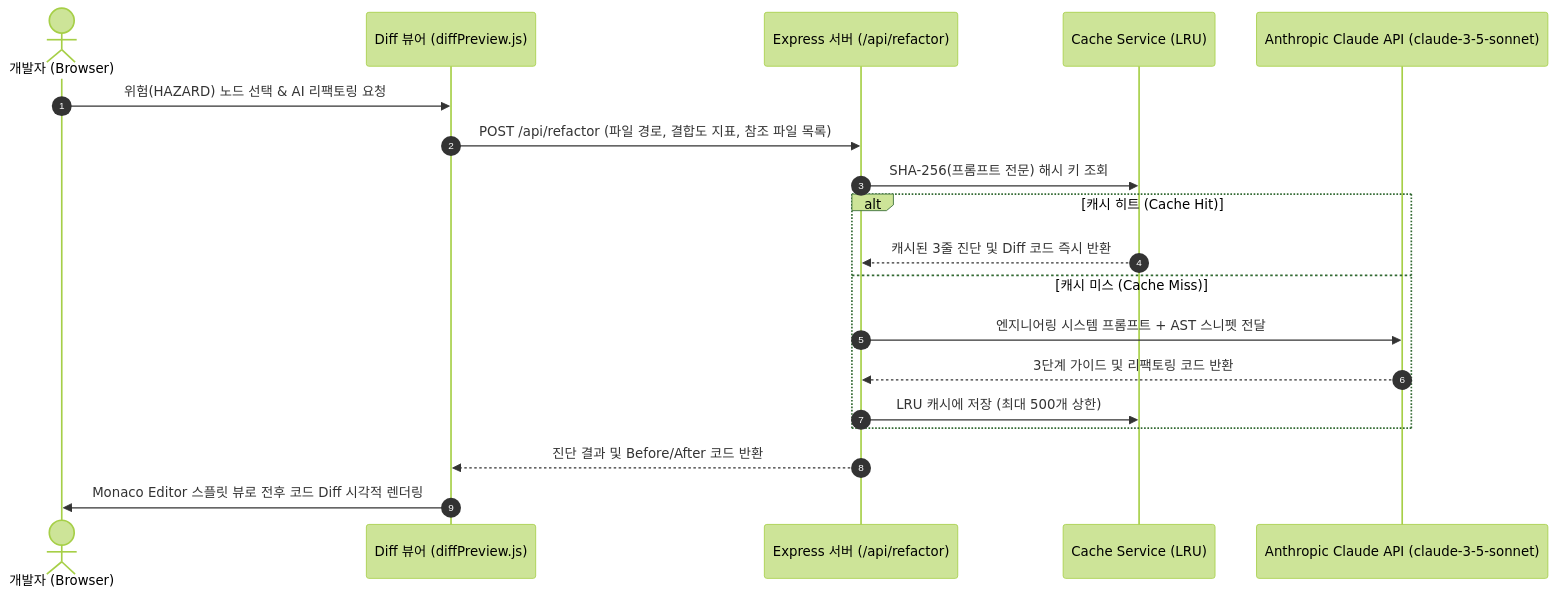
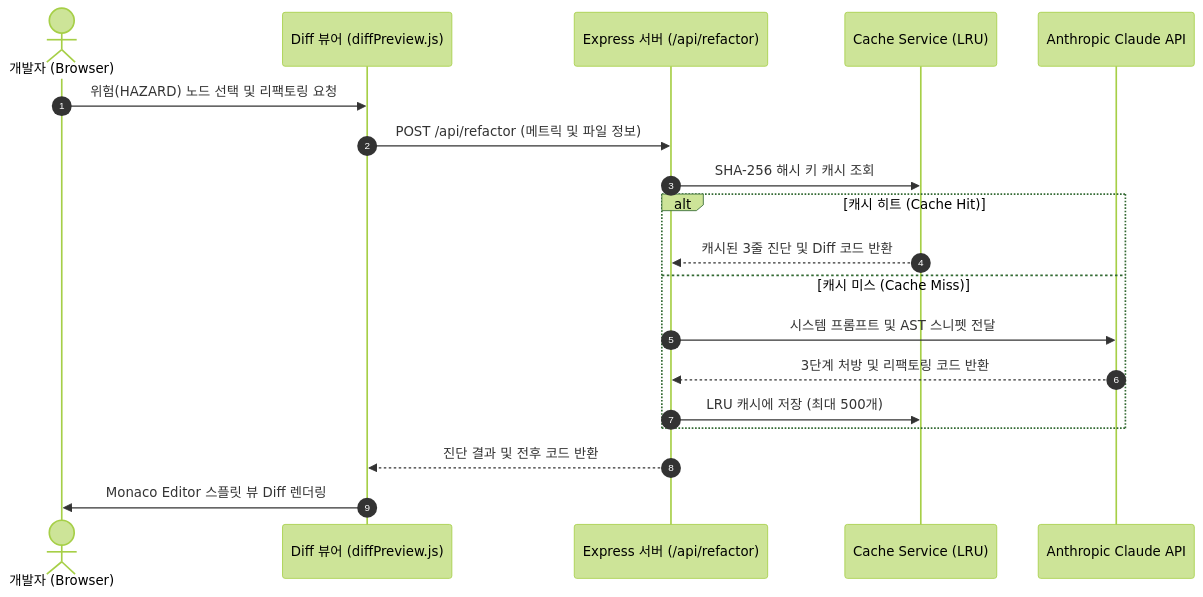
Before and after one commit to Jiin5906/CodeDiagram: the diagram in docs/ai-diff-spec.md, drawn with Mermaid (forest theme). The commit also changed 4 other files, not shown here.

Commit message:
fix(docs): Mermaid 다이어그램 한글 단어 슬라이싱 방지 스타일 및 줄바꿈 적용

````diff
--- a/docs/ai-diff-spec.md
+++ b/docs/ai-diff-spec.md
@@ -9,22 +9,22 @@
 ```mermaid
 sequenceDiagram
     autonumber
     actor Dev as 개발자 (Browser)
     participant UI as Diff 뷰어 (diffPreview.js)
     participant Server as Express 서버 (/api/refactor)
     participant Cache as Cache Service (LRU)
-    participant AI as Anthropic Claude API (claude-3-5-sonnet)
+    participant AI as Anthropic Claude API
 
-    Dev->>UI: 위험(HAZARD) 노드 선택 & AI 리팩토링 요청
-    UI->>Server: POST /api/refactor (파일 경로, 결합도 지표, 참조 파일 목록)
-    Server->>Cache: SHA-256(프롬프트 전문) 해시 키 조회
+    Dev->>UI: 위험(HAZARD) 노드 선택 및 리팩토링 요청
+    UI->>Server: POST /api/refactor (메트릭 및 파일 정보)
+    Server->>Cache: SHA-256 해시 키 캐시 조회
     alt 캐시 히트 (Cache Hit)
-        Cache-->>Server: 캐시된 3줄 진단 및 Diff 코드 즉시 반환
+        Cache-->>Server: 캐시된 3줄 진단 및 Diff 코드 반환
     else 캐시 미스 (Cache Miss)
-        Server->>AI: 엔지니어링 시스템 프롬프트 + AST 스니펫 전달
-        AI-->>Server: 3단계 가이드 및 리팩토링 코드 반환
-        Server->>Cache: LRU 캐시에 저장 (최대 500개 상한)
+        Server->>AI: 시스템 프롬프트 및 AST 스니펫 전달
+        AI-->>Server: 3단계 처방 및 리팩토링 코드 반환
+        Server->>Cache: LRU 캐시에 저장 (최대 500개)
     end
-    Server-->>UI: 진단 결과 및 Before/After 코드 반환
-    UI->>Dev: Monaco Editor 스플릿 뷰로 전후 코드 Diff 시각적 렌더링
+    Server-->>UI: 진단 결과 및 전후 코드 반환
+    UI->>Dev: Monaco Editor 스플릿 뷰 Diff 렌더링
 ```
````
